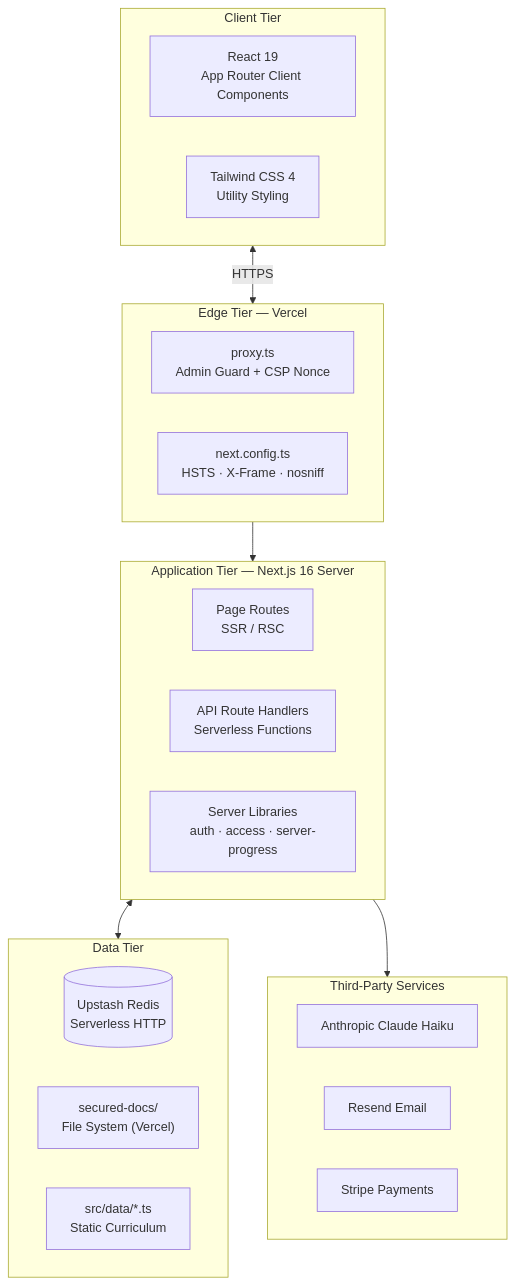
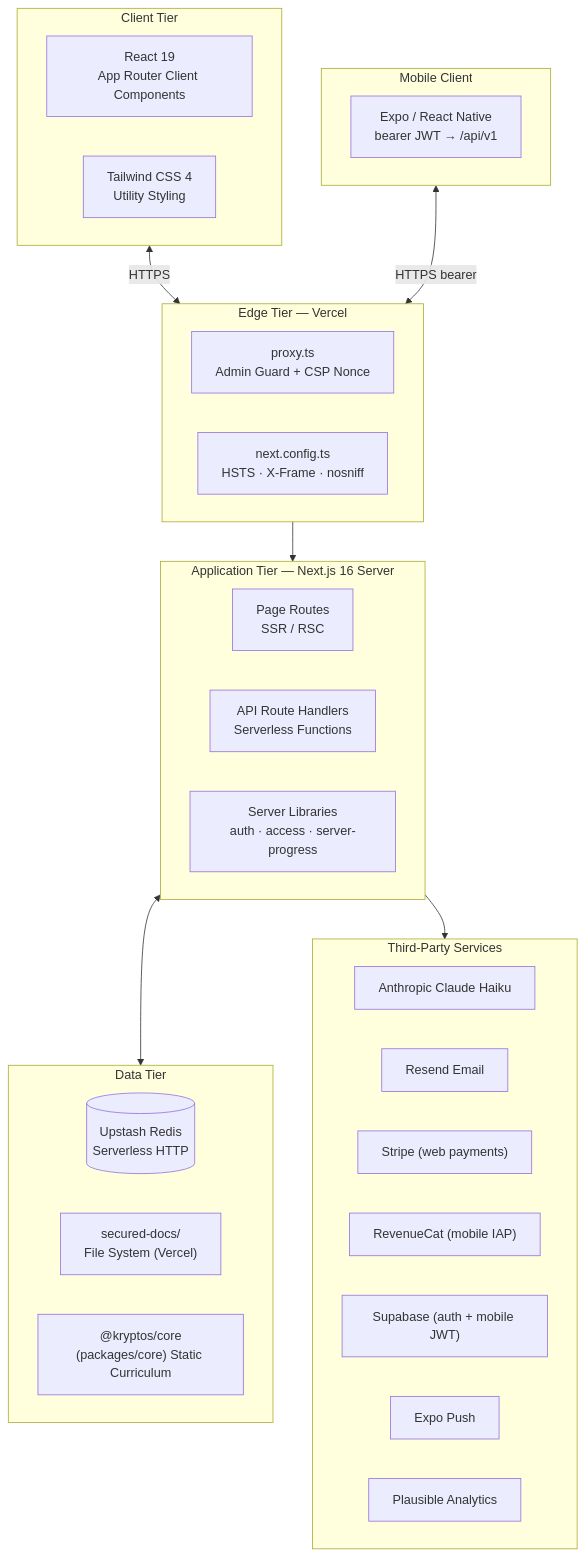
The first of 4 diagrams in apps/web/secured-docs/TECHNICAL_DESIGN.md (jjfleetwood/kryptos-cronos), drawn with Mermaid before and after one commit. The commit also changed other lines of this file and 3 other files, not shown here.

Commit message:
docs: refresh TECHNICAL_DESIGN + API_REFERENCE (dual auth, /api/v1, bootstrap, push, RevenueCat, multi-source tier)

````diff
--- a/apps/web/secured-docs/TECHNICAL_DESIGN.md
+++ b/apps/web/secured-docs/TECHNICAL_DESIGN.md
@@ -11,35 +13,44 @@
 ```mermaid
 flowchart TB
     subgraph Client["Client Tier"]
         ReactApp["React 19\nApp Router Client Components"]
         TailwindUI["Tailwind CSS 4\nUtility Styling"]
     end
 
     subgraph Edge["Edge Tier — Vercel"]
         ProxyMiddleware["proxy.ts\nAdmin Guard + CSP Nonce"]
         StaticHeaders["next.config.ts\nHSTS · X-Frame · nosniff"]
     end
 
     subgraph AppServer["Application Tier — Next.js 16 Server"]
         PageRoutes["Page Routes\nSSR / RSC"]
         APIRoutes["API Route Handlers\nServerless Functions"]
         ServerLibs["Server Libraries\nauth · access · server-progress"]
     end
 
     subgraph DataTier["Data Tier"]
         Redis[("Upstash Redis\nServerless HTTP")]
         SecDocs["secured-docs/\nFile System (Vercel)"]
-        CurriculumData["src/data/*.ts\nStatic Curriculum"]
+        CurriculumData["@kryptos/core\n(packages/core) Static Curriculum"]
     end
 
     subgraph Services["Third-Party Services"]
         Anthropic["Anthropic Claude Haiku"]
         Resend["Resend Email"]
-        Stripe["Stripe Payments"]
+        Stripe["Stripe (web payments)"]
+        RevenueCat["RevenueCat (mobile IAP)"]
+        Supabase["Supabase (auth + mobile JWT)"]
+        Expo["Expo Push"]
+        Plausible["Plausible Analytics"]
+    end
+
+    subgraph MobileTier["Mobile Client"]
+        ExpoApp["Expo / React Native\nbearer JWT → /api/v1"]
     end
 
     Client <-->|HTTPS| Edge
+    MobileTier <-->|HTTPS bearer| Edge
     Edge --> AppServer
     AppServer <--> DataTier
     AppServer --> Services
 ```
````
